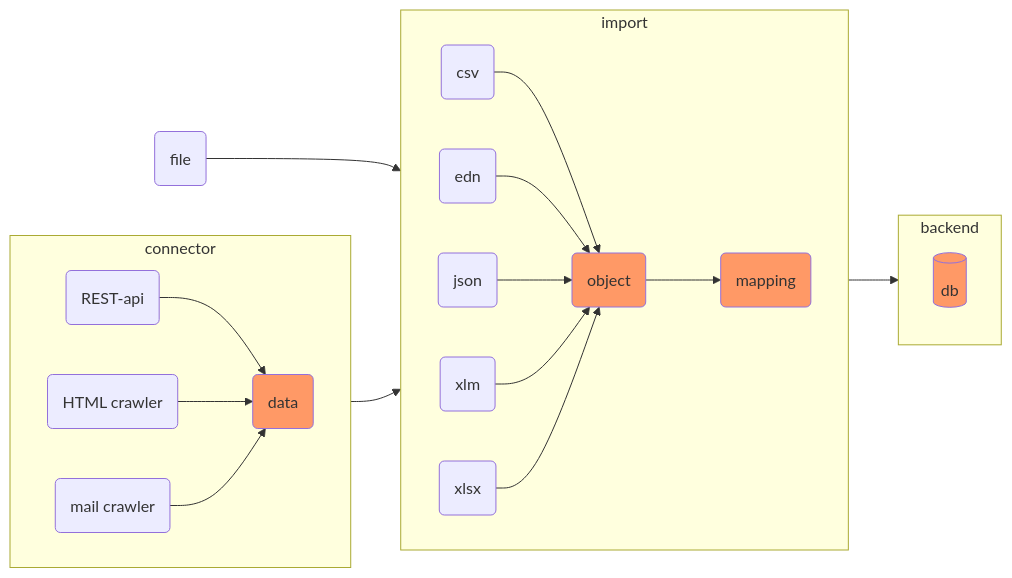
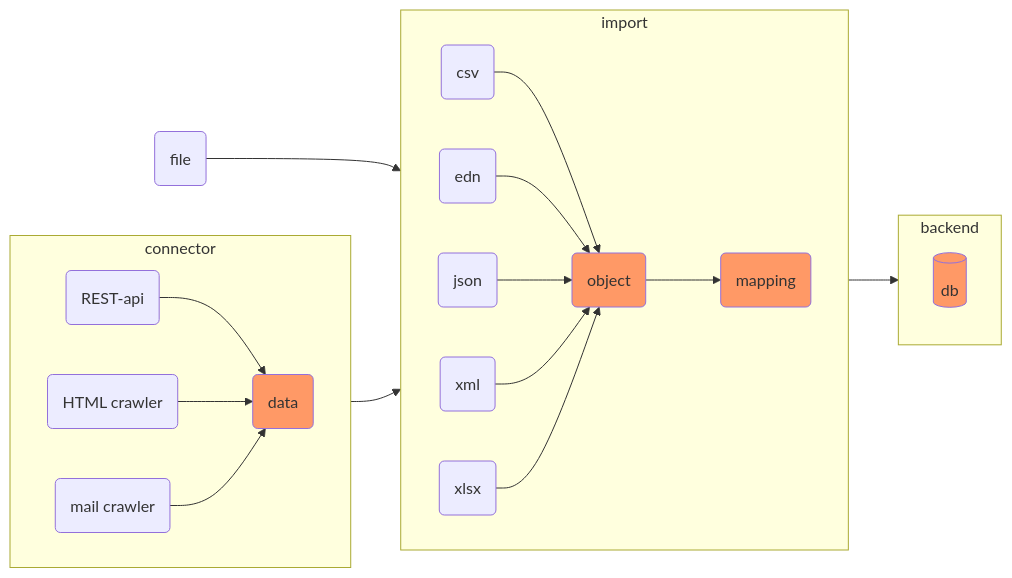
One commit to internet4refugees/beherbergung changed the third of 3 diagrams in docs/ARCHITECTURE.md. Above: the diagram before and after it, drawn with Mermaid.

Commit message:
spelling fix

````diff
--- a/docs/ARCHITECTURE.md
+++ b/docs/ARCHITECTURE.md
@@ -51,25 +51,25 @@
 ```mermaid
 flowchart LR;
     classDef focus fill:#f96;
     subgraph connector
         direction LR
         c_a(REST-api) --> d
         c_c(HTML crawler)--> d
         c_m(mail crawler) --> d(data):::focus
     end
     subgraph import
         direction LR
         c(csv) --> o(object):::focus
         e(edn) --> o
         j(json) --> o
-        xlm(xlm) --> o
+        xml(xml) --> o
         xlsx(xlsx) --> o
         o --> I(mapping):::focus
     end
     subgraph backend
          db[(db)]:::focus
     end
         c_f(file) --> import
     connector --> import
     import --> backend
 ```
````
